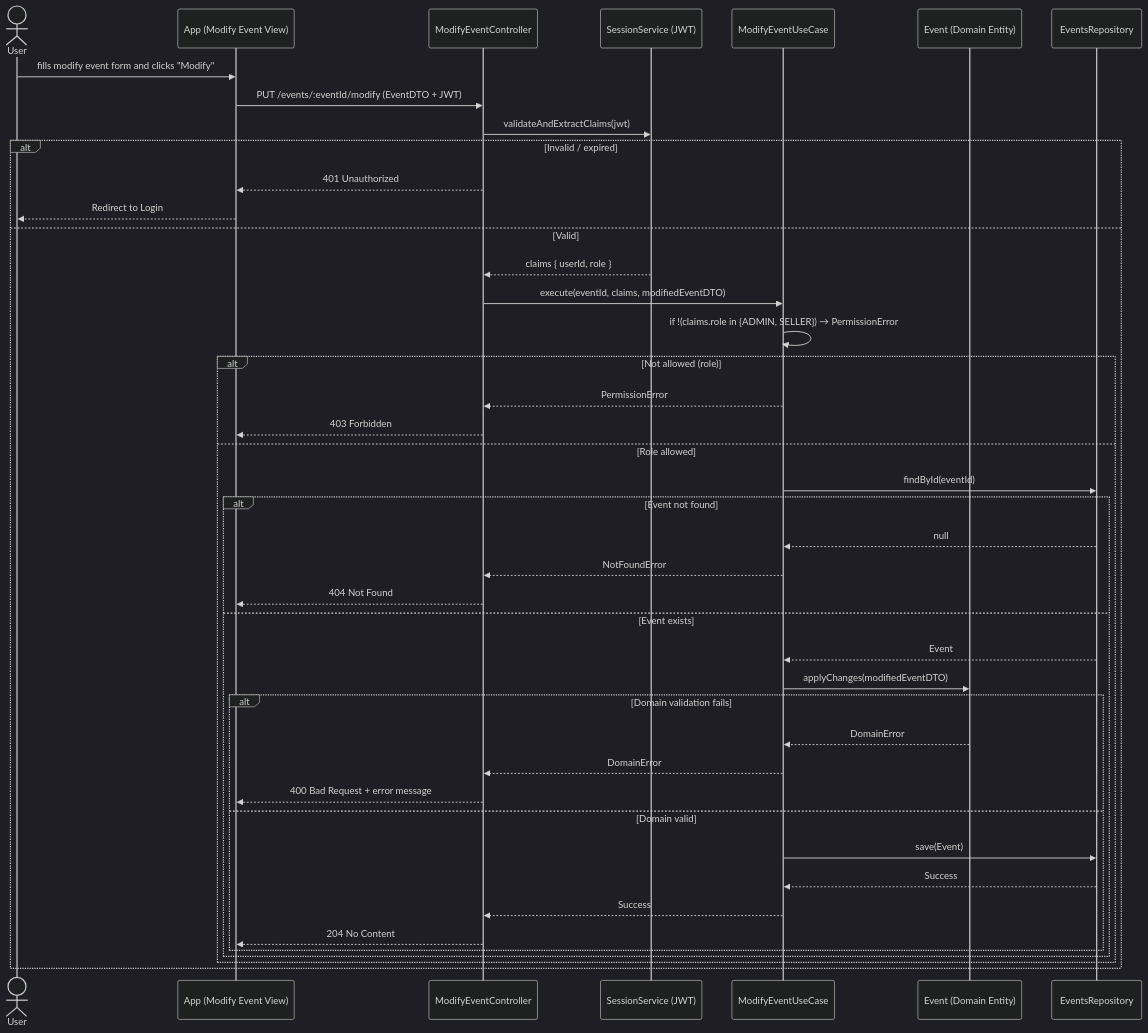
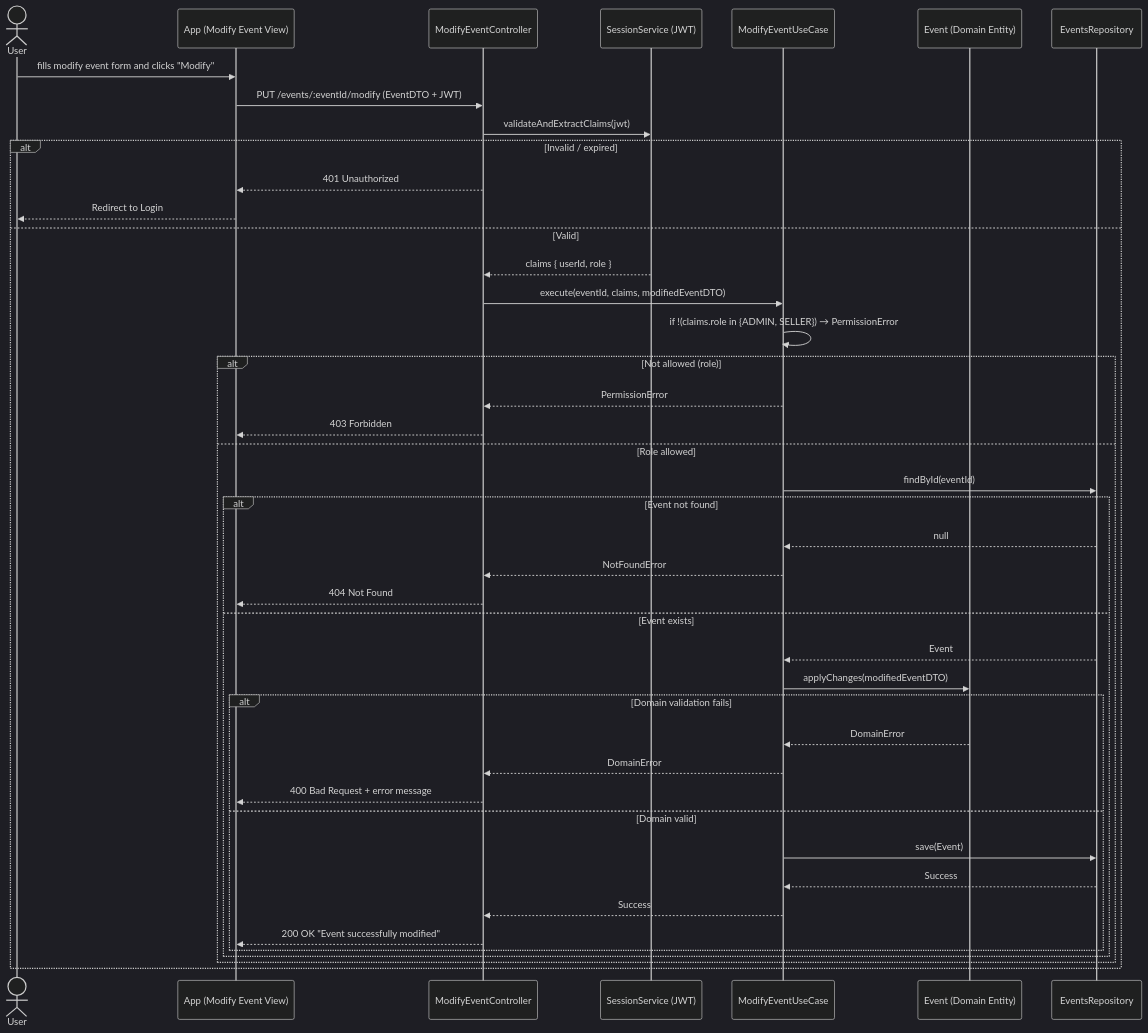
One commit to Lenninssp/Cannin-Tickets changed the second of 3 diagrams in docs/crud-event.md. Above: the diagram before and after it, drawn with Mermaid (dark theme). The commit also changed other lines of this file and 2 other files, not shown here.

Commit message:
probably doing things right

````diff
--- a/docs/crud-event.md
+++ b/docs/crud-event.md
@@ -46,49 +46,49 @@
 ```mermaid
 sequenceDiagram
   actor User
   participant UI as App (Modify Event View)
   participant Controller as ModifyEventController
   participant Session as SessionService (JWT)
   participant UseCase as ModifyEventUseCase
   participant Event as Event (Domain Entity)
   participant EventsRepo as EventsRepository
 
   User->>UI: fills modify event form and clicks "Modify"
   UI->>Controller: PUT /events/:eventId/modify (EventDTO + JWT)
 
   Controller->>Session: validateAndExtractClaims(jwt)
   alt Invalid / expired
       Controller-->>UI: 401 Unauthorized
       UI-->>User: Redirect to Login
   else Valid
       Session-->>Controller: claims { userId, role }
       Controller->>UseCase: execute(eventId, claims, modifiedEventDTO)
 
       UseCase->>UseCase: if !(claims.role in {ADMIN, SELLER}) → PermissionError
       alt Not allowed (role)
           UseCase-->>Controller: PermissionError
           Controller-->>UI: 403 Forbidden
       else Role allowed
           UseCase->>EventsRepo: findById(eventId)
           alt Event not found
               EventsRepo-->>UseCase: null
               UseCase-->>Controller: NotFoundError
               Controller-->>UI: 404 Not Found
           else Event exists
               EventsRepo-->>UseCase: Event
 
               UseCase->>Event: applyChanges(modifiedEventDTO)
               alt Domain validation fails
                   Event-->>UseCase: DomainError
                   UseCase-->>Controller: DomainError
                   Controller-->>UI: 400 Bad Request + error message
               else Domain valid
                   UseCase->>EventsRepo: save(Event)
                   EventsRepo-->>UseCase: Success
                   UseCase-->>Controller: Success
-                  Controller-->>UI: 204 No Content
+                  Controller-->>UI: 200 OK "Event successfully modified"
               end
           end
       end
   end
 ```
````
